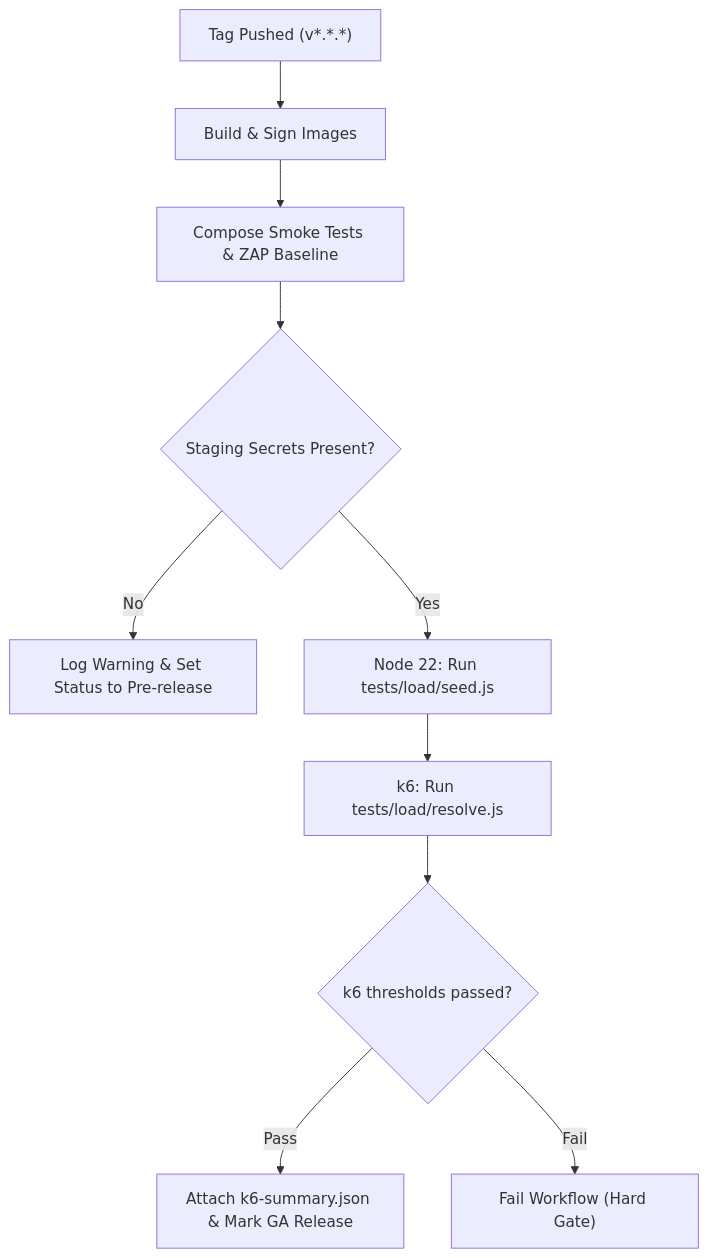
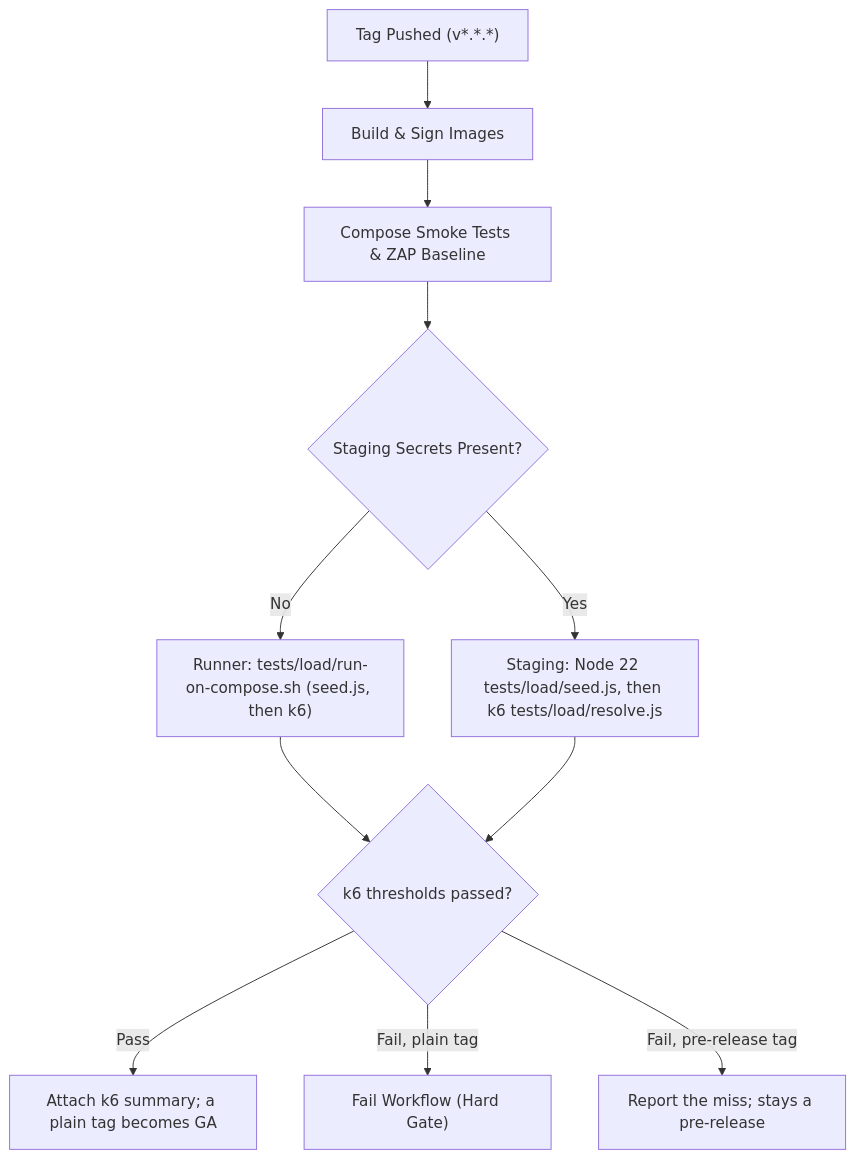
Before and after one commit to MAGORS-organisation/Deep-Links-Engine: the diagram in docs/operations/staging-loadtest-guide.md, drawn with Mermaid. The commit also changed other lines of this file and 7 other files, not shown here.

First line of the commit message:
ci(release): run the k6 gate on the release runner when no staging is configured

````diff
--- a/docs/operations/staging-loadtest-guide.md
+++ b/docs/operations/staging-loadtest-guide.md
@@ -66,12 +66,13 @@
 ```mermaid
 flowchart TD
     A["Tag Pushed (v*.*.*)"] --> B["Build & Sign Images"]
     B --> C["Compose Smoke Tests & ZAP Baseline"]
     C --> D{"Staging Secrets Present?"}
-    D -- No --> E["Log Warning & Set Status to Pre-release"]
-    D -- Yes --> F["Node 22: Run tests/load/seed.js"]
-    F --> G["k6: Run tests/load/resolve.js"]
-    G --> H{"k6 thresholds passed?"}
-    H -- Pass --> I["Attach k6-summary.json & Mark GA Release"]
-    H -- Fail --> J["Fail Workflow (Hard Gate)"]
+    D -- No --> E["Runner: tests/load/run-on-compose.sh (seed.js, then k6)"]
+    D -- Yes --> F["Staging: Node 22 tests/load/seed.js, then k6 tests/load/resolve.js"]
+    E --> H{"k6 thresholds passed?"}
+    F --> H
+    H -- Pass --> I["Attach k6 summary; a plain tag becomes GA"]
+    H -- Fail, plain tag --> J["Fail Workflow (Hard Gate)"]
+    H -- Fail, pre-release tag --> K["Report the miss; stays a pre-release"]
 ```
````
